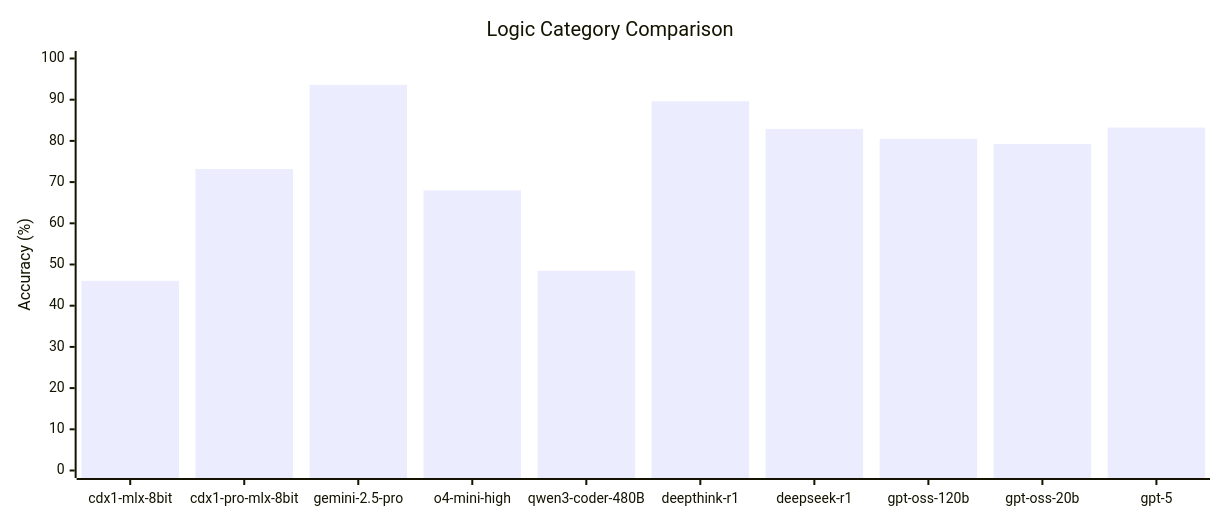
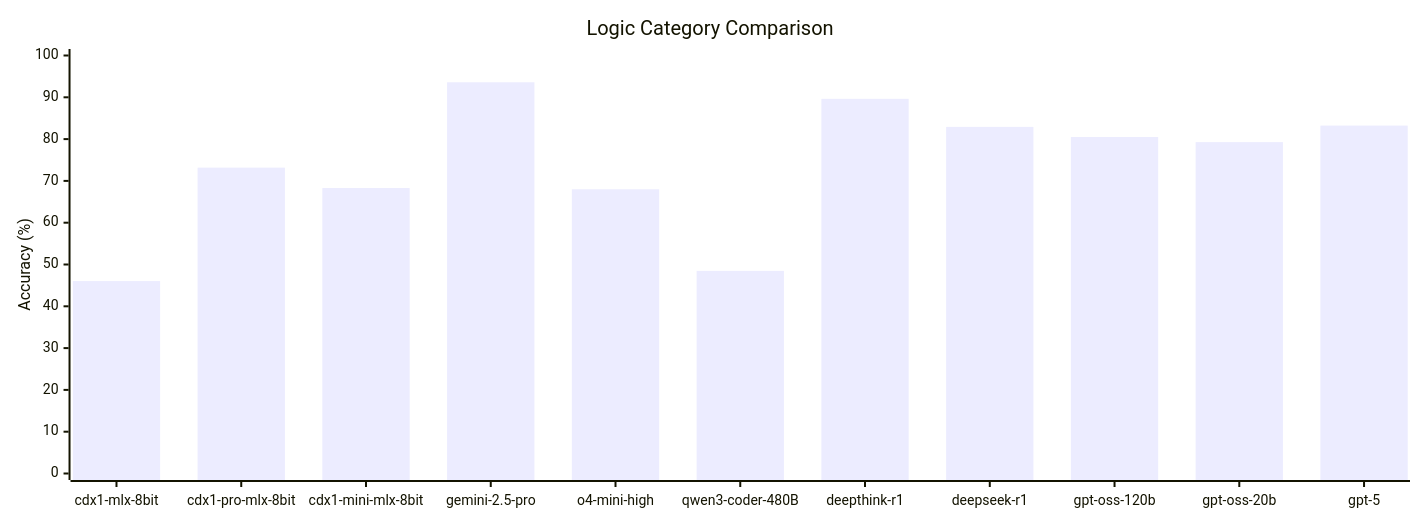
Before and after one commit to CycloneDX/cdxgen: the first of 2 diagrams in contrib/xBOMEval/results/README.md, drawn with Mermaid. The commit also changed other lines of this file and 15 other files, not shown here.

Commit message:
cdx1-mini

````diff
--- a/contrib/xBOMEval/results/README.md
+++ b/contrib/xBOMEval/results/README.md
@@ -22,13 +36,13 @@
 ```mermaid
 ---
 config:
   xyChart:
-    width: 1200
+    width: 1400
 ---
 %%{init: {'theme': 'default'}}%%
 xychart-beta
     title "Logic Category Comparison"
-    x-axis [cdx1-mlx-8bit, cdx1-pro-mlx-8bit, gemini-2.5-pro, o4-mini-high, qwen3-coder-480B, deepthink-r1, deepseek-r1, gpt-oss-120b, gpt-oss-20b, gpt-5]
+    x-axis [cdx1-mlx-8bit, cdx1-pro-mlx-8bit, cdx1-mini-mlx-8bit, gemini-2.5-pro, o4-mini-high, qwen3-coder-480B, deepthink-r1, deepseek-r1, gpt-oss-120b, gpt-oss-20b, gpt-5]
     y-axis "Accuracy (%)" 0 --> 100
-    bar [46.04, 73.17, 93.6, 67.99, 48.48, 89.63, 82.92, 80.49, 79.27, 83.23]
+    bar [46.04, 73.17, 68.29, 93.6, 67.99, 48.48, 89.63, 82.92, 80.49, 79.27, 83.23]
 ```
````
